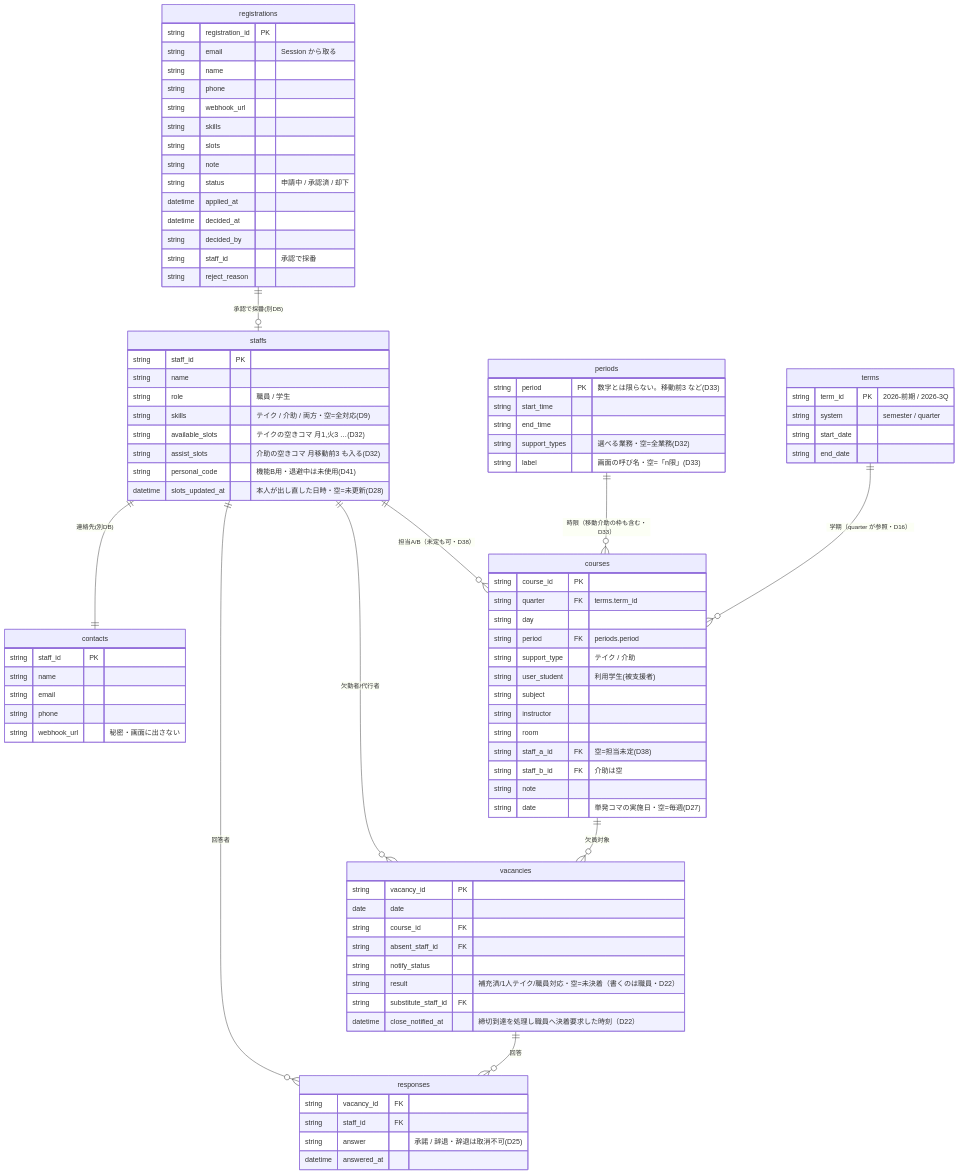
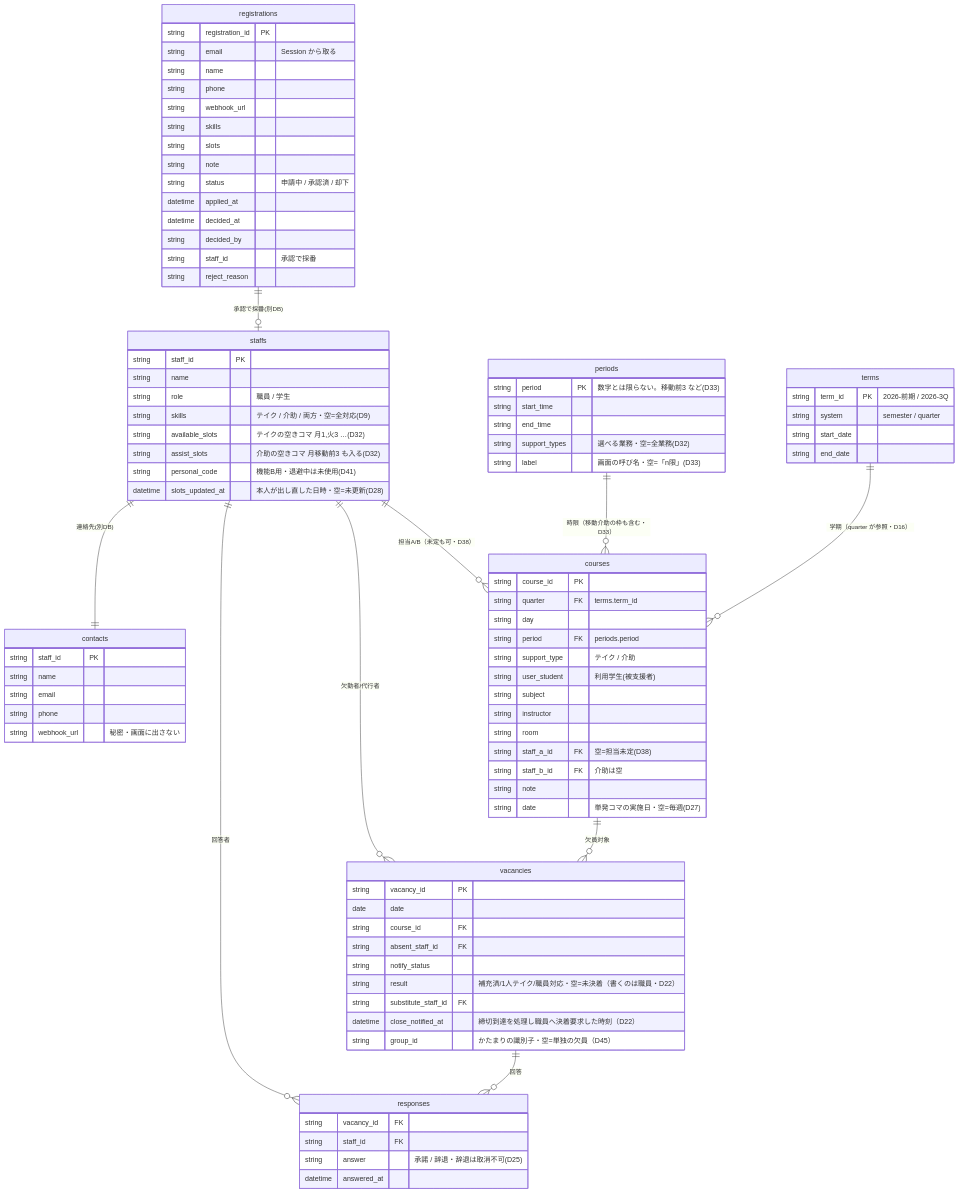
One commit to Nakano-official/takeover changed the second of 3 diagrams in docs/spec/architecture.md. Above: the diagram before and after it, drawn with Mermaid. The commit also changed other lines of this file and 5 other files, not shown here.

```diff
--- a/docs/spec/architecture.md
+++ b/docs/spec/architecture.md
@@ -229,6 +229,7 @@
         string result "補充済/1人テイク/職員対応・空=未決着（書くのは職員・D22）"
         string substitute_staff_id FK
         datetime close_notified_at "締切到達を処理し職員へ決着要求した時刻（D22）"
+        string group_id "かたまりの識別子・空=単独の欠員（D45）"
     }
     responses {
         string vacancy_id FK
```
